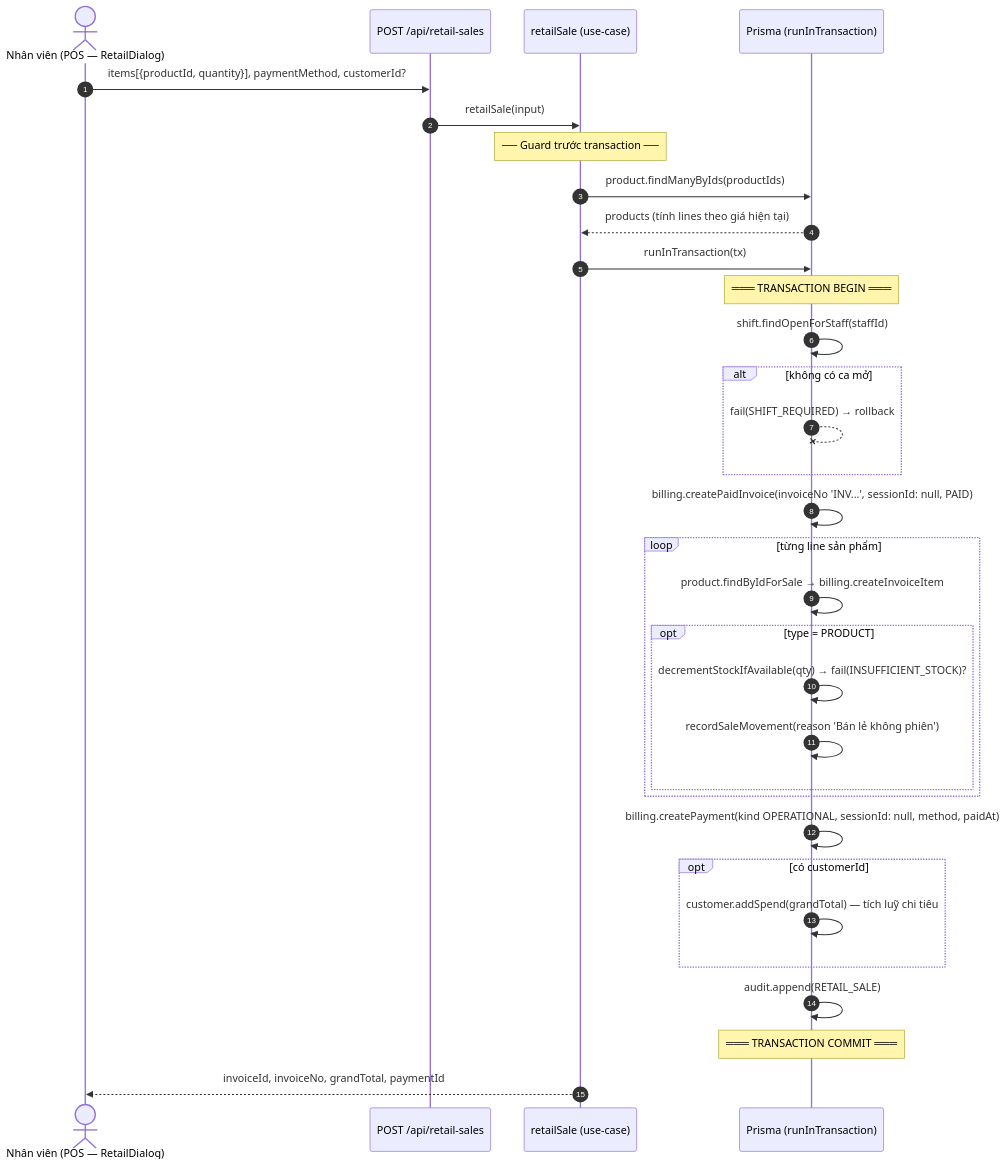
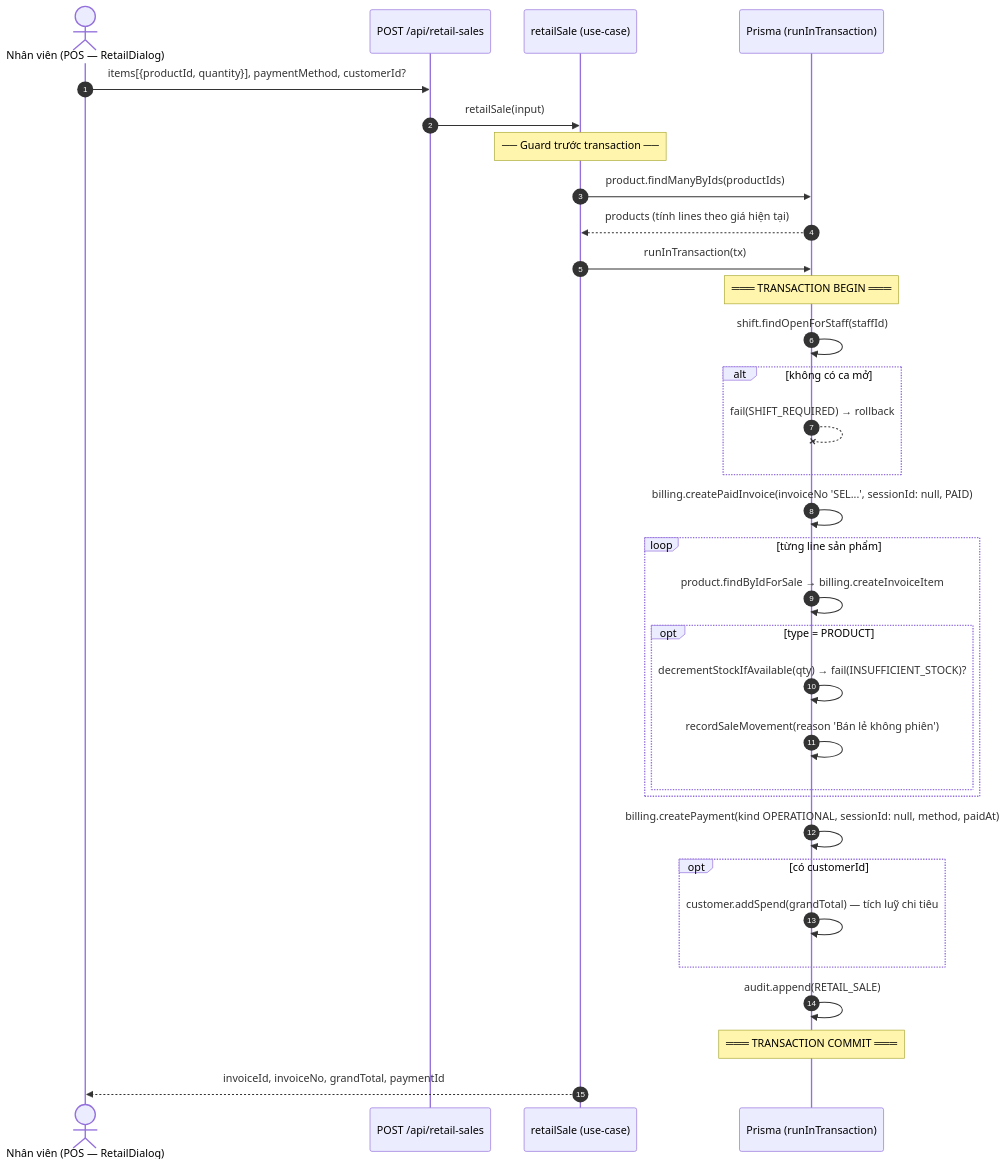
Before and after one commit to dpbL5/victoria-pos-system: the third of 3 diagrams in docs/ban-kem-checkout-sequence-diagrams.md, drawn with Mermaid. The commit also changed 49 other files, not shown here.

````diff
--- a/docs/ban-kem-checkout-sequence-diagrams.md
+++ b/docs/ban-kem-checkout-sequence-diagrams.md
@@ -156,37 +156,37 @@
 ```mermaid
 sequenceDiagram
     autonumber
     actor Staff as Nhân viên (POS — RetailDialog)
     participant API as POST /api/retail-sales
     participant UC as retailSale (use-case)
     participant DB as Prisma (runInTransaction)
 
     Staff->>API: items[{productId, quantity}], paymentMethod, customerId?
     API->>UC: retailSale(input)
 
     Note over UC: ── Guard trước transaction ──
     UC->>DB: product.findManyByIds(productIds)
     DB-->>UC: products (tính lines theo giá hiện tại)
 
     UC->>DB: runInTransaction(tx)
     Note over DB: ═══ TRANSACTION BEGIN ═══
     DB->>DB: shift.findOpenForStaff(staffId)
     alt không có ca mở
         DB--xDB: fail(SHIFT_REQUIRED) → rollback
     end
-    DB->>DB: billing.createPaidInvoice(invoiceNo 'INV...', sessionId: null, PAID)
+    DB->>DB: billing.createPaidInvoice(invoiceNo 'SEL...', sessionId: null, PAID)
     loop từng line sản phẩm
         DB->>DB: product.findByIdForSale → billing.createInvoiceItem
         opt type = PRODUCT
             DB->>DB: decrementStockIfAvailable(qty) → fail(INSUFFICIENT_STOCK)?
             DB->>DB: recordSaleMovement(reason 'Bán lẻ không phiên')
         end
     end
     DB->>DB: billing.createPayment(kind OPERATIONAL, sessionId: null, method, paidAt)
     opt có customerId
         DB->>DB: customer.addSpend(grandTotal) — tích luỹ chi tiêu
     end
     DB->>DB: audit.append(RETAIL_SALE)
     Note over DB: ═══ TRANSACTION COMMIT ═══
     UC-->>Staff: invoiceId, invoiceNo, grandTotal, paymentId
 ```
````
